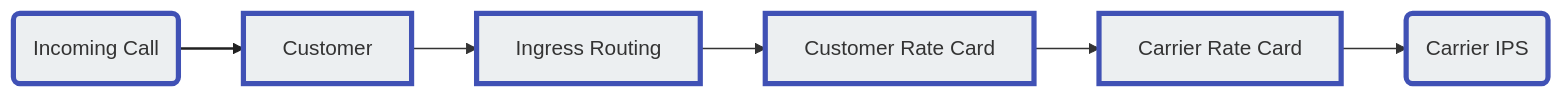
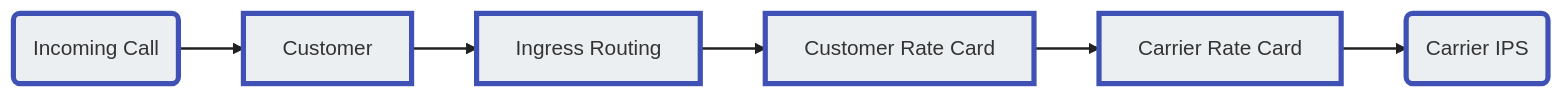
One commit to connexcs/docs changed the diagram in docs/routing.md. Above: the diagram before and after it, drawn with Mermaid.

Commit message:
Update routing.md
fixing flow format

````diff
--- a/docs/routing.md
+++ b/docs/routing.md
@@ -4,15 +4,19 @@
 ```mermaid
 graph LR
     A(Incoming Call) --> B[Customer]
     style A fill:#ECEFF1,stroke:#4051b5,stroke-width:4px
     B --> C[Ingress Routing]
     style B fill:#ECEFF1,stroke:#4051b5,stroke-width:4px
     C --> D[Customer Rate Card]
     style C fill:#ECEFF1,stroke:#4051b5,stroke-width:4px
     D --> E[Carrier Rate Card]
     style D fill:#ECEFF1,stroke:#4051b5,stroke-width:4px
     E --> F(Carrier IPS)
     style E fill:#ECEFF1,stroke:#4051b5,stroke-width:4px
     style F fill:#ECEFF1,stroke:#4051b5,stroke-width:4px
     linkStyle 0 stroke:#212121,stroke-width:2px
+    linkStyle 1 stroke:#212121,stroke-width:2px
+    linkStyle 2 stroke:#212121,stroke-width:2px
+    linkStyle 3 stroke:#212121,stroke-width:2px
+    linkStyle 4 stroke:#212121,stroke-width:2px
 ```
````
